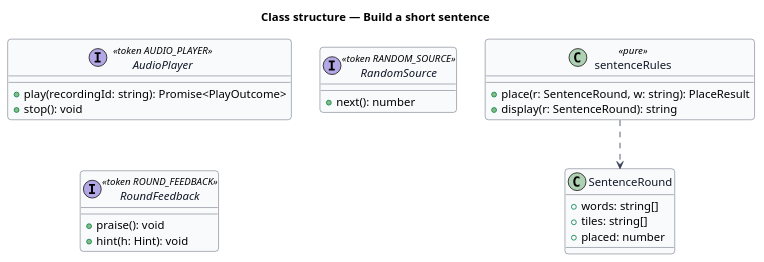
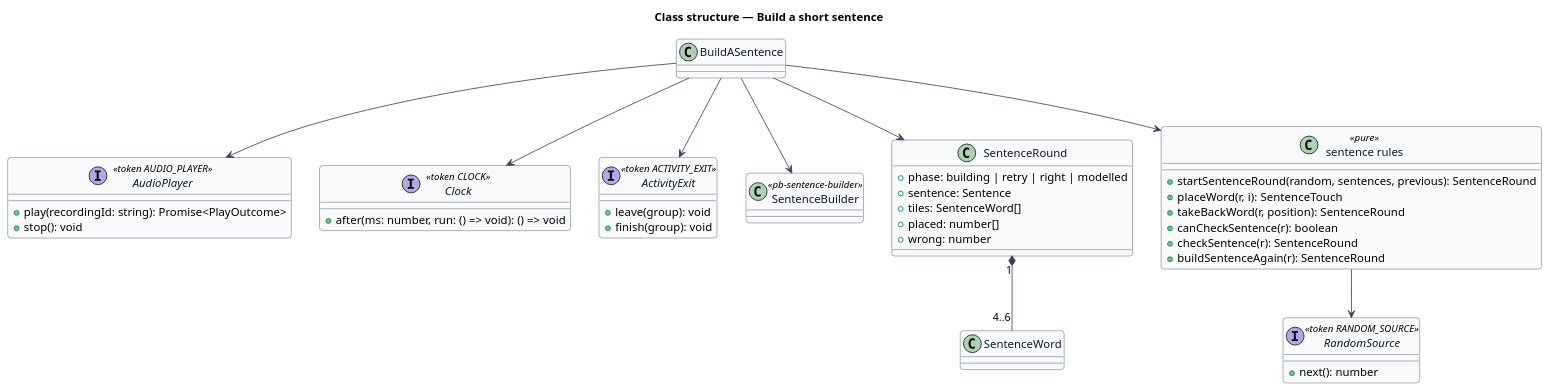
The diagram in docs/detailed-designs/sound-out/build-a-sentence/diagrams/class.puml (QuinntyneBrown/pibbo), drawn with PlantUML before and after one commit. The commit also changed 24 other files, not shown here.

Commit message:
Align Build a sentence with its mock: build the sentence on a strip, then Check, and draw the modelled answer (L2-020, ADR 0031)

```diff
--- a/docs/detailed-designs/sound-out/build-a-sentence/diagrams/class.puml
+++ b/docs/detailed-designs/sound-out/build-a-sentence/diagrams/class.puml
@@ -1,36 +1,54 @@
 @startuml
 skinparam backgroundColor #FFFFFF
 skinparam shadowing false
 skinparam roundcorner 8
 skinparam defaultFontName Arial
 skinparam ArrowColor #344054
 skinparam class {
   BorderColor #344054
   FontColor #101828
   BackgroundColor #F9FAFB
 }
 title Class structure — Build a short sentence
 
 interface AudioPlayer <<token AUDIO_PLAYER>> {
   +play(recordingId: string): Promise<PlayOutcome>
   +stop(): void
 }
 interface RandomSource <<token RANDOM_SOURCE>> {
   +next(): number
 }
-interface RoundFeedback <<token ROUND_FEEDBACK>> {
-  +praise(): void
-  +hint(h: Hint): void
+interface Clock <<token CLOCK>> {
+  +after(ms: number, run: () => void): () => void
+}
+interface ActivityExit <<token ACTIVITY_EXIT>> {
+  +leave(group): void
+  +finish(group): void
 }
 
+class BuildASentence
+class SentenceBuilder <<pb-sentence-builder>>
 class SentenceRound {
-  +words: string[]
-  +tiles: string[]
-  +placed: number
+  +phase: building | retry | right | modelled
+  +sentence: Sentence
+  +tiles: SentenceWord[]
+  +placed: number[]
+  +wrong: number
 }
-class sentenceRules <<pure>> {
-  +place(r: SentenceRound, w: string): PlaceResult
-  +display(r: SentenceRound): string
+class "sentence rules" as rules <<pure>> {
+  +startSentenceRound(random, sentences, previous): SentenceRound
+  +placeWord(r, i): SentenceTouch
+  +takeBackWord(r, position): SentenceRound
+  +canCheckSentence(r): boolean
+  +checkSentence(r): SentenceRound
+  +buildSentenceAgain(r): SentenceRound
 }
-sentenceRules ..> SentenceRound
+SentenceRound "1" *-- "4..6" SentenceWord
+BuildASentence --> SentenceBuilder
+BuildASentence --> rules
+BuildASentence --> SentenceRound
+BuildASentence --> AudioPlayer
+BuildASentence --> Clock
+BuildASentence --> ActivityExit
+rules --> RandomSource
 @enduml
```
